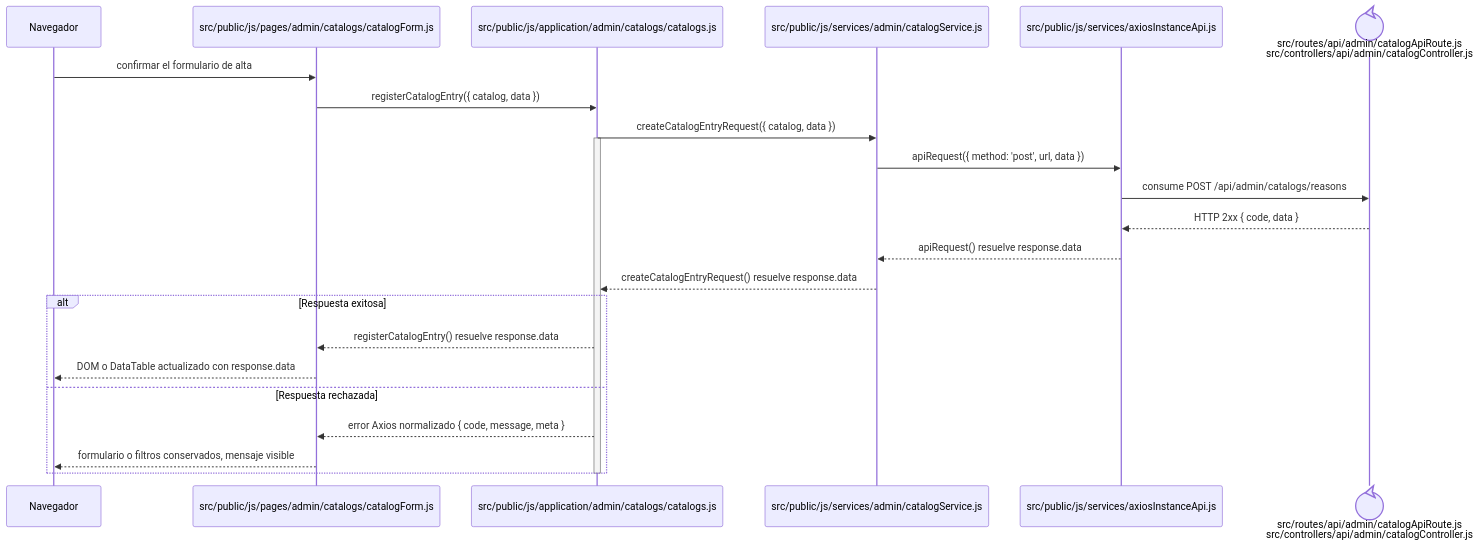
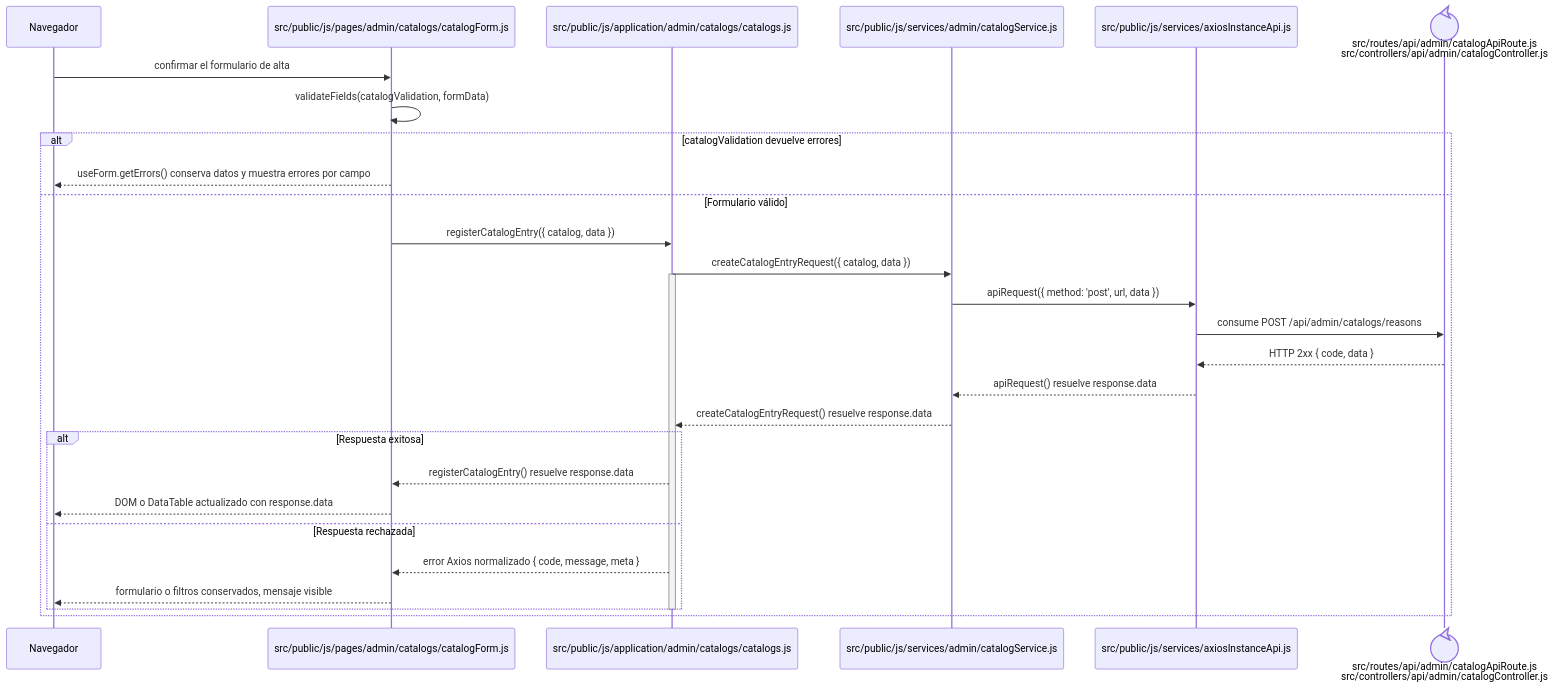
Before and after one commit to gpgsistemas01/nexus: the diagram in docs/architecture/frontend-code-sequences/catalogs/cu-cat-22.md, drawn with Mermaid. The commit also changed 102 other files, not shown here.

````diff
--- a/docs/architecture/frontend-code-sequences/catalogs/cu-cat-22.md
+++ b/docs/architecture/frontend-code-sequences/catalogs/cu-cat-22.md
@@ -6,27 +6,32 @@
 ```mermaid
 sequenceDiagram
     participant Browser as Navegador
     participant View as src/public/js/pages/admin/catalogs/catalogForm.js
     participant Application as src/public/js/application/admin/catalogs/catalogs.js
     participant Request as src/public/js/services/admin/catalogService.js
     participant HTTP as src/public/js/services/axiosInstanceApi.js
     participant Transport@{ "type": "control" } as src/routes/api/admin/catalogApiRoute.js<br/>src/controllers/api/admin/catalogController.js
 
     Browser->>View: confirmar el formulario de alta
-    View->>Application: registerCatalogEntry({ catalog, data })
-    Application->>Request: createCatalogEntryRequest({ catalog, data })
-    activate Application
-    Request->>HTTP: apiRequest({ method: 'post', url, data })
-    HTTP->>Transport: consume POST /api/admin/catalogs/reasons
-    Transport-->>HTTP: HTTP 2xx { code, data }
-    HTTP-->>Request: apiRequest() resuelve response.data
-    Request-->>Application: createCatalogEntryRequest() resuelve response.data
-    alt Respuesta exitosa
-        Application-->>View: registerCatalogEntry() resuelve response.data
-        View-->>Browser: DOM o DataTable actualizado con response.data
-    else Respuesta rechazada
-        Application-->>View: error Axios normalizado { code, message, meta }
-        View-->>Browser: formulario o filtros conservados, mensaje visible
+    View->>View: validateFields(catalogValidation, formData)
+    alt catalogValidation devuelve errores
+        View-->>Browser: useForm.getErrors() conserva datos y muestra errores por campo
+    else Formulario válido
+        View->>Application: registerCatalogEntry({ catalog, data })
+        Application->>Request: createCatalogEntryRequest({ catalog, data })
+        activate Application
+        Request->>HTTP: apiRequest({ method: 'post', url, data })
+        HTTP->>Transport: consume POST /api/admin/catalogs/reasons
+        Transport-->>HTTP: HTTP 2xx { code, data }
+        HTTP-->>Request: apiRequest() resuelve response.data
+        Request-->>Application: createCatalogEntryRequest() resuelve response.data
+        alt Respuesta exitosa
+            Application-->>View: registerCatalogEntry() resuelve response.data
+            View-->>Browser: DOM o DataTable actualizado con response.data
+        else Respuesta rechazada
+            Application-->>View: error Axios normalizado { code, message, meta }
+            View-->>Browser: formulario o filtros conservados, mensaje visible
+        end
+        deactivate Application
     end
-    deactivate Application
 ```
````
